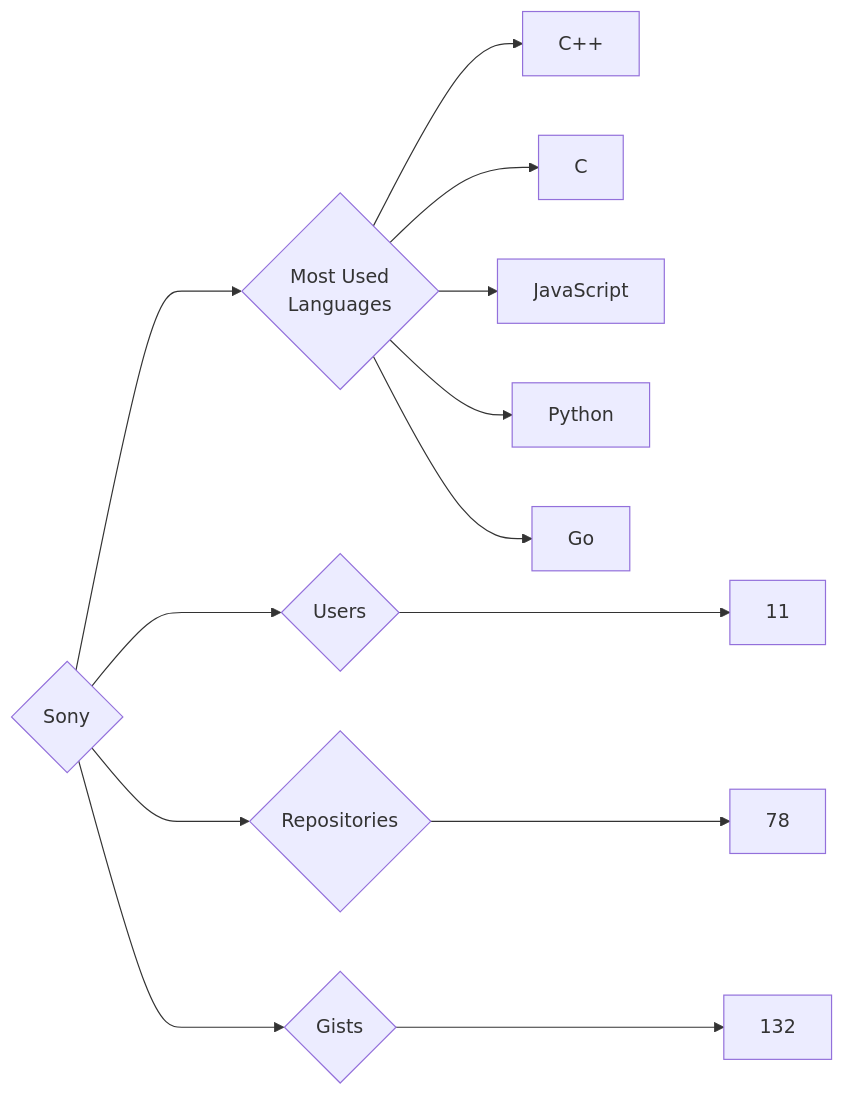
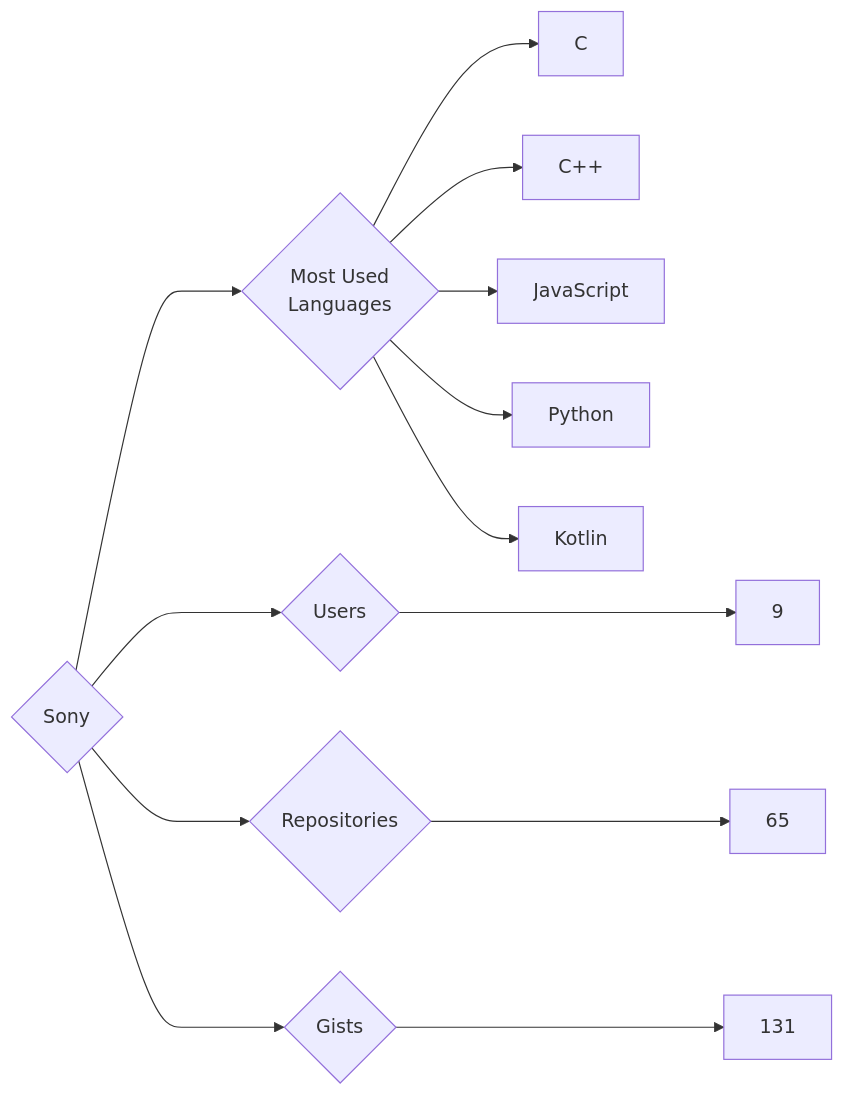
One commit to trickest/insiders changed the diagram in targets/Sony/README.md. Above: the diagram before and after it, drawn with Mermaid. The commit also changed 1011 other files, not shown here.

````diff
--- a/targets/Sony/README.md
+++ b/targets/Sony/README.md
@@ -3,13 +3,13 @@
 ```mermaid
 graph LR
 COMPANY_NAME{Sony}
-COMPANY_NAME ---> U{Users} ---> UN[11]
-COMPANY_NAME ---> R{Repositories} ---> RN[78]
-COMPANY_NAME ---> G{Gists} ---> GN[132]
+COMPANY_NAME ---> U{Users} ---> UN[9]
+COMPANY_NAME ---> R{Repositories} ---> RN[65]
+COMPANY_NAME ---> G{Gists} ---> GN[131]
 COMPANY_NAME ---> ML{Most Used<br>Languages}
+ML --> C[C]
 ML --> C++[C++]
-ML --> C[C]
 ML --> JavaScript[JavaScript]
 ML --> Python[Python]
-ML --> Go[Go]
+ML --> Kotlin[Kotlin]
 ```
````
